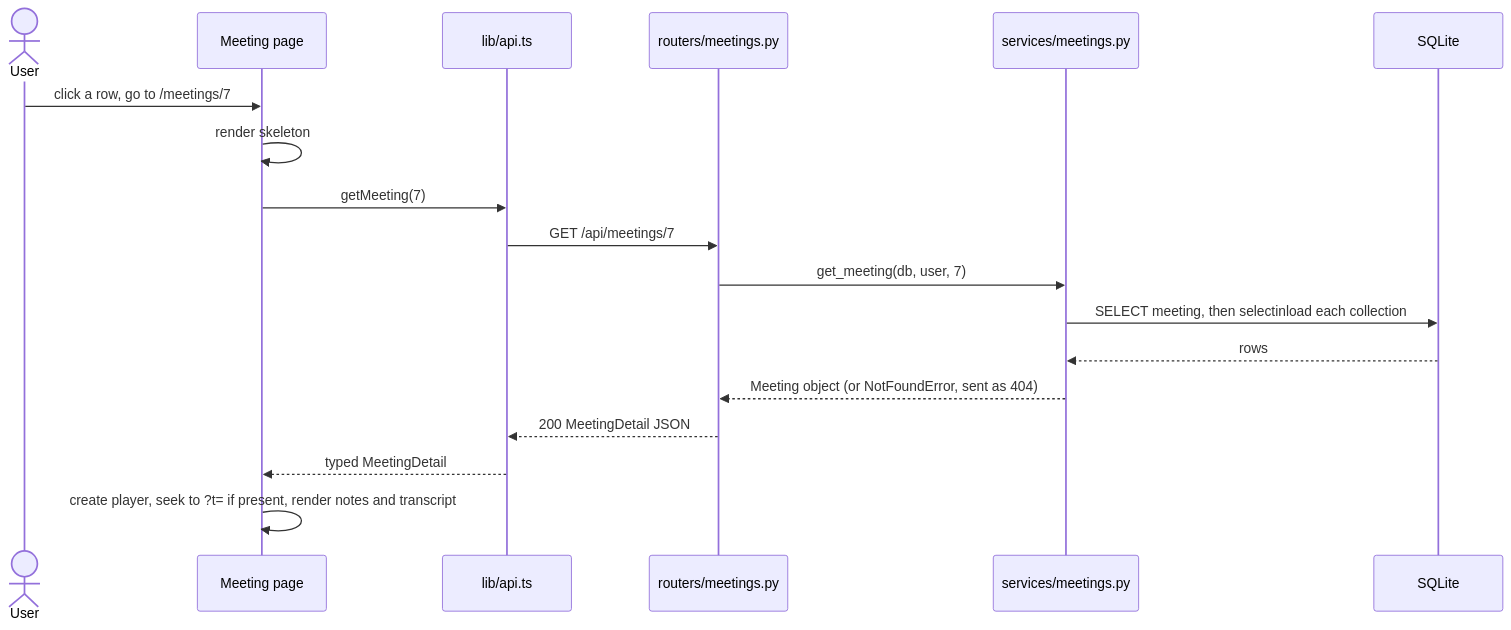
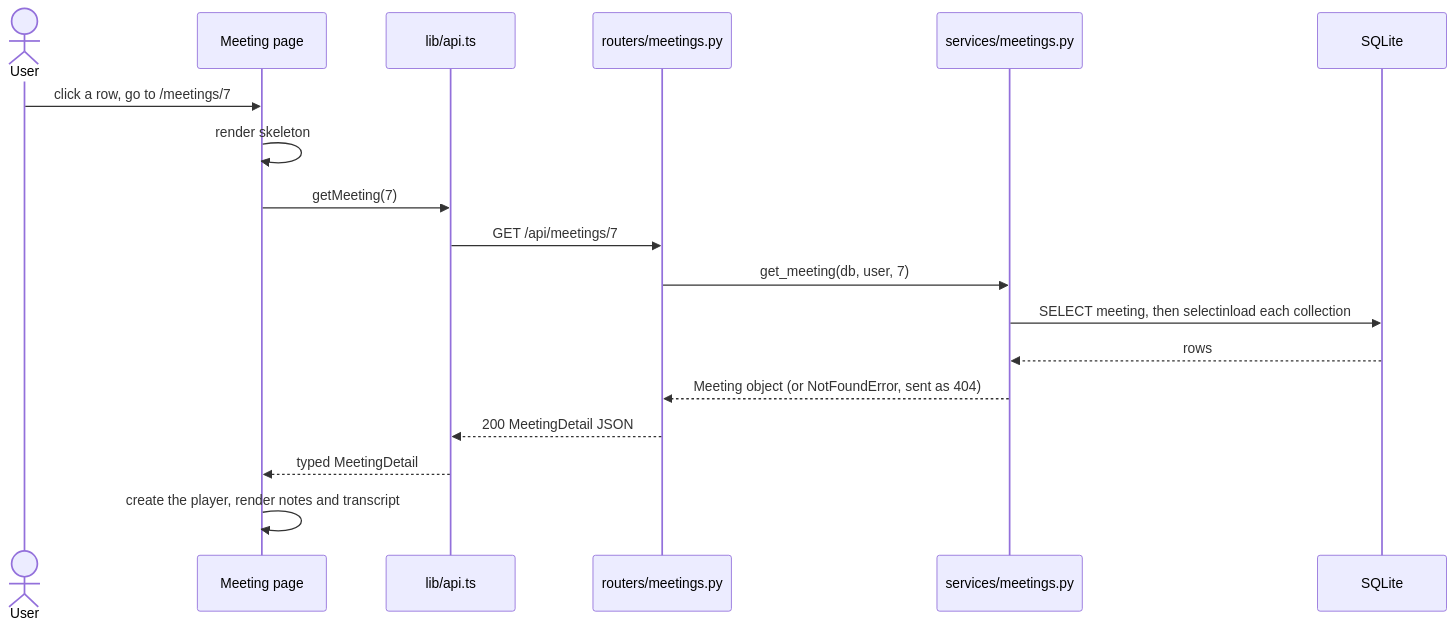
The fifth of 7 diagrams in docs/ARCHITECTURE.md (Ritvik2209/fireflies-clone), drawn with Mermaid before and after one commit. The commit also changed other lines of this file and 1 other file, not shown here.

````diff
--- a/docs/ARCHITECTURE.md
+++ b/docs/ARCHITECTURE.md
@@ -717,20 +731,20 @@
 ```mermaid
 sequenceDiagram
     actor U as User
     participant P as Meeting page
     participant A as lib/api.ts
     participant R as routers/meetings.py
     participant S as services/meetings.py
     participant D as SQLite
     U->>P: click a row, go to /meetings/7
     P->>P: render skeleton
     P->>A: getMeeting(7)
     A->>R: GET /api/meetings/7
     R->>S: get_meeting(db, user, 7)
     S->>D: SELECT meeting, then selectinload each collection
     D-->>S: rows
     S-->>R: Meeting object (or NotFoundError, sent as 404)
     R-->>A: 200 MeetingDetail JSON
     A-->>P: typed MeetingDetail
-    P->>P: create player, seek to ?t= if present, render notes and transcript
+    P->>P: create the player, render notes and transcript
 ```
````
